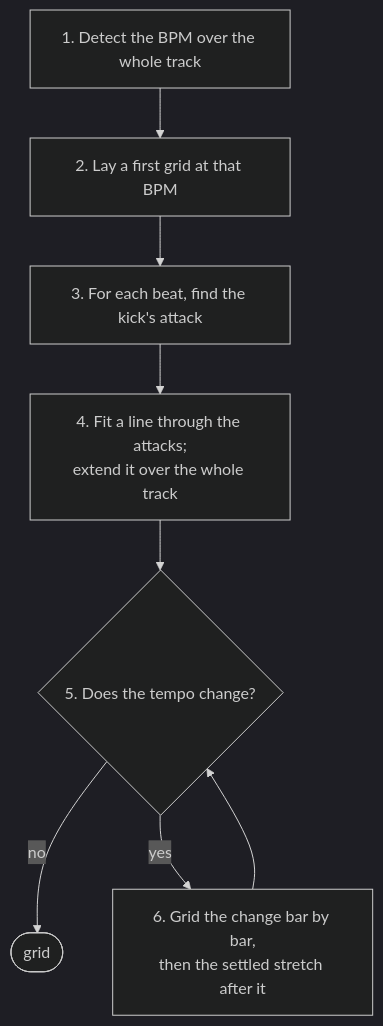
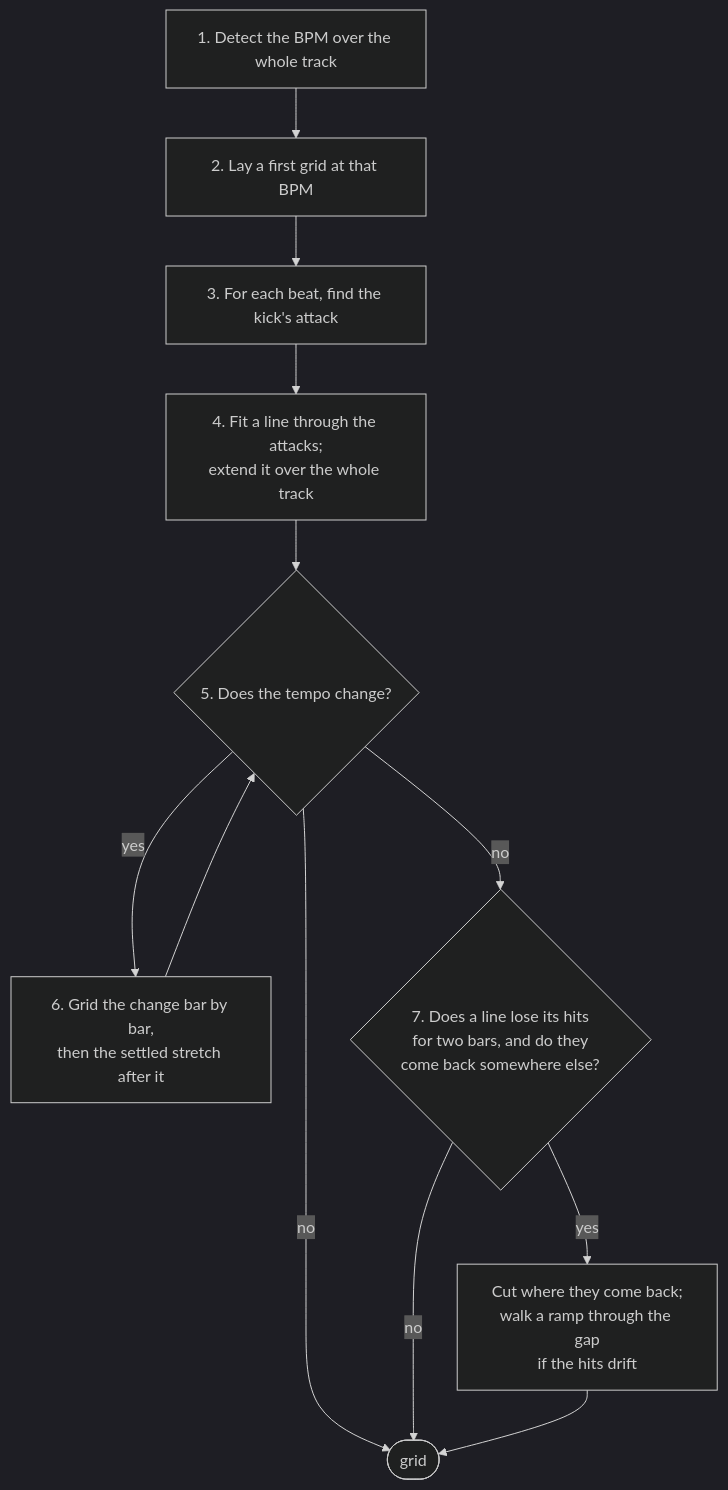
One commit to Wirlax/rbxport changed the diagram in crates/rbl-analysis/docs/beat.md. Above: the diagram before and after it, drawn with Mermaid (dark theme). The commit also changed other lines of this file and 5 other files, not shown here.

First line of the commit message:
feat: a track whose beat comes back on another phase after a breakdown gets its grid cut there, and a kickless slowdown is gridded beat by beat

````diff
--- a/crates/rbl-analysis/docs/beat.md
+++ b/crates/rbl-analysis/docs/beat.md
@@ -7,10 +7,14 @@
 ```mermaid
 flowchart TD
     A[1. Detect the BPM over the whole track] --> B[2. Lay a first grid at that BPM]
     B --> C[3. For each beat, find the kick's attack]
     C --> E[4. Fit a line through the attacks;<br/>extend it over the whole track]
     E --> Q{5. Does the tempo change?}
     Q -- no --> Z([grid])
     Q -- yes --> F[6. Grid the change bar by bar,<br/>then the settled stretch after it]
     F --> Q
+    Q -- no --> G{7. Does a line lose its hits<br/>for two bars, and do they<br/>come back somewhere else?}
+    G -- no --> Z
+    G -- yes --> H[Cut where they come back;<br/>walk a ramp through the gap<br/>if the hits drift]
+    H --> Z
 ```
````
